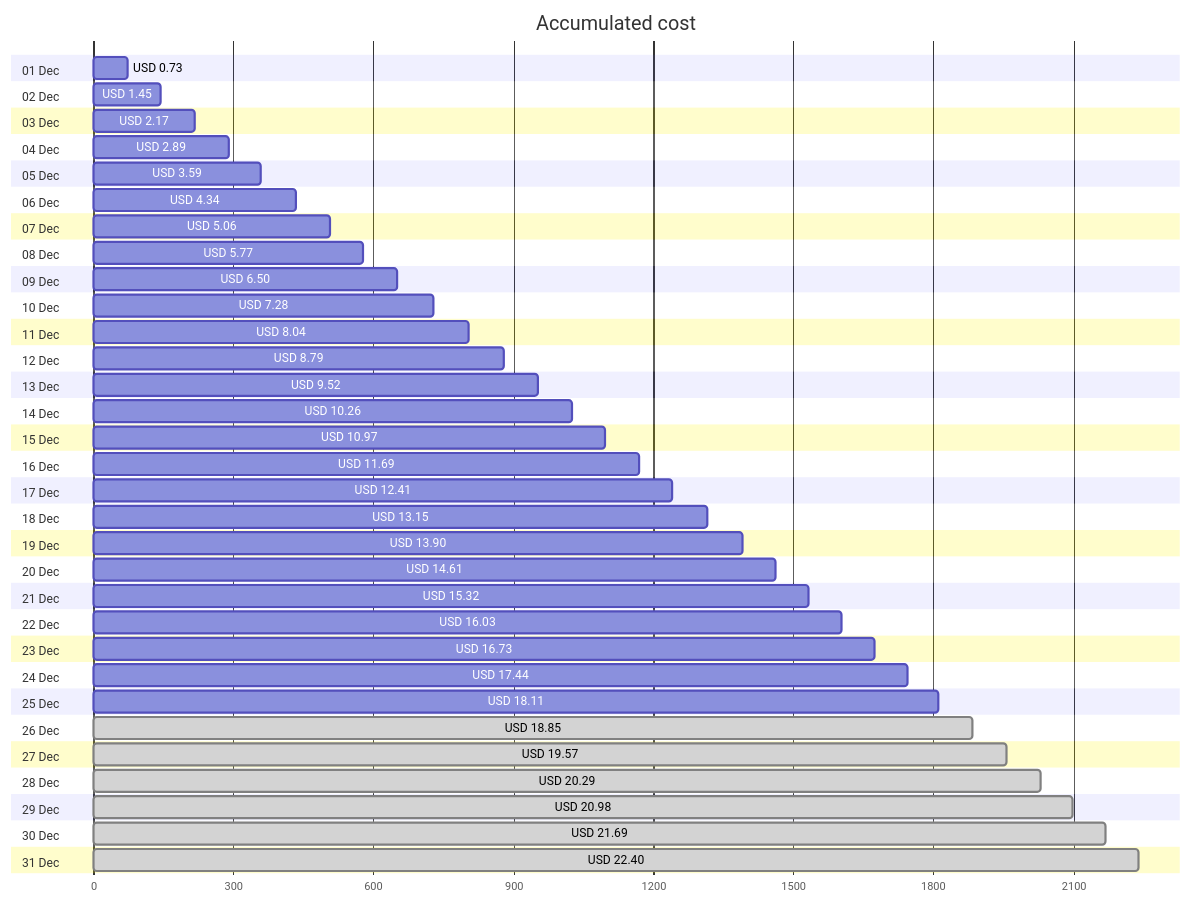
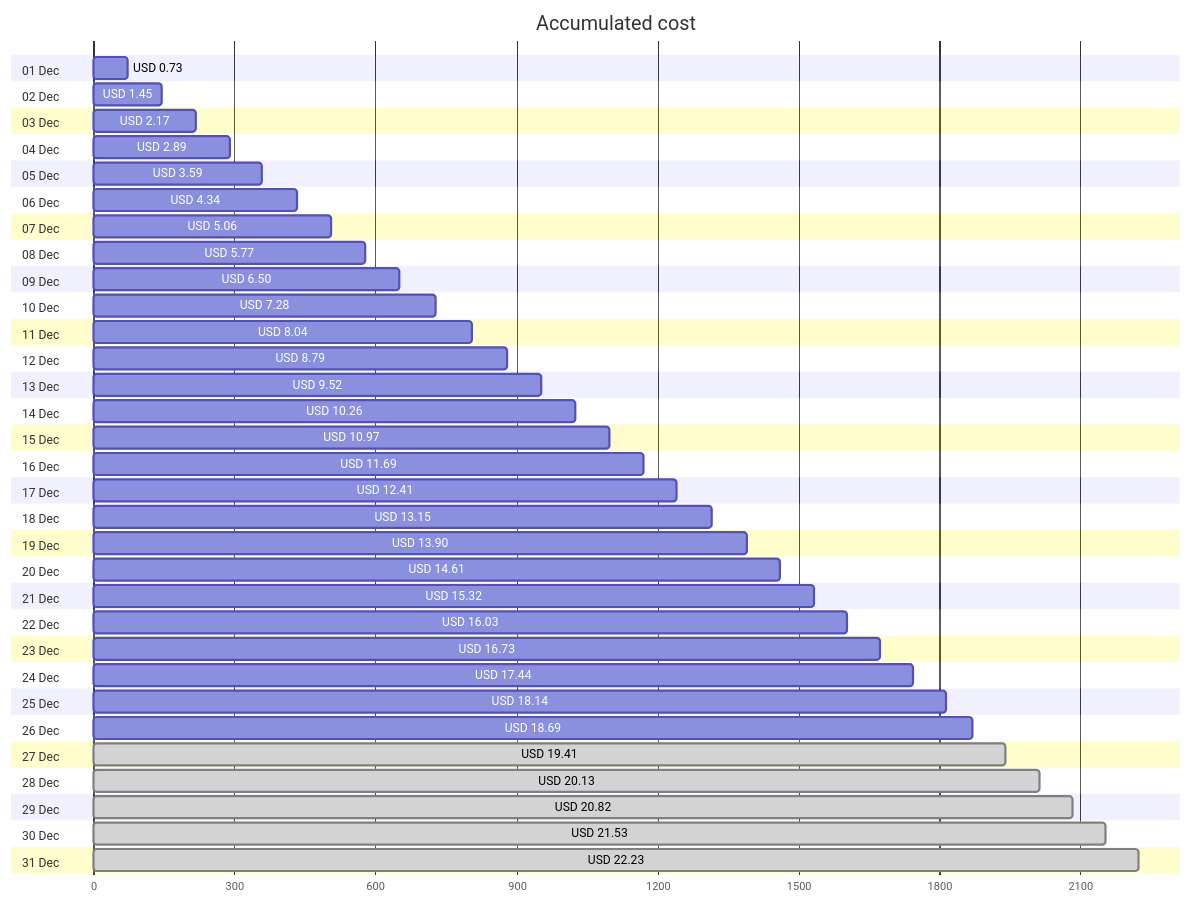
The first of 4 diagrams in cost-reports/personal-network/backup-server-data-disk.md (jpfulton/azure-personal-reports), drawn with Mermaid before and after one commit. The commit also changed other lines of this file and 8 other files, not shown here.

````diff
--- a/cost-reports/personal-network/backup-server-data-disk.md
+++ b/cost-reports/personal-network/backup-server-data-disk.md
@@ -20,68 +20,68 @@
 ```mermaid
 gantt
    title Accumulated cost
    dateFormat  X
    axisFormat %s
    section 01 Dec
    USD 0.73 :0, 73
    section 02 Dec
    USD 1.45 :0, 145
    section 03 Dec
    USD 2.17 :0, 217
    section 04 Dec
    USD 2.89 :0, 289
    section 05 Dec
    USD 3.59 :0, 359
    section 06 Dec
    USD 4.34 :0, 434
    section 07 Dec
    USD 5.06 :0, 506
    section 08 Dec
    USD 5.77 :0, 577
    section 09 Dec
    USD 6.50 :0, 650
    section 10 Dec
    USD 7.28 :0, 728
    section 11 Dec
    USD 8.04 :0, 804
    section 12 Dec
    USD 8.79 :0, 879
    section 13 Dec
    USD 9.52 :0, 952
    section 14 Dec
    USD 10.26 :0, 1026
    section 15 Dec
    USD 10.97 :0, 1097
    section 16 Dec
    USD 11.69 :0, 1169
    section 17 Dec
    USD 12.41 :0, 1241
    section 18 Dec
    USD 13.15 :0, 1315
    section 19 Dec
    USD 13.90 :0, 1390
    section 20 Dec
    USD 14.61 :0, 1461
    section 21 Dec
    USD 15.32 :0, 1532
    section 22 Dec
    USD 16.03 :0, 1603
    section 23 Dec
    USD 16.73 :0, 1673
    section 24 Dec
    USD 17.44 :0, 1744
    section 25 Dec
-   USD 18.11 :0, 1811
+   USD 18.14 :0, 1814
    section 26 Dec
-   USD 18.85 : done, 0, 1885
+   USD 18.69 :0, 1869
    section 27 Dec
-   USD 19.57 : done, 0, 1957
+   USD 19.41 : done, 0, 1941
    section 28 Dec
-   USD 20.29 : done, 0, 2029
+   USD 20.13 : done, 0, 2013
    section 29 Dec
-   USD 20.98 : done, 0, 2098
+   USD 20.82 : done, 0, 2082
    section 30 Dec
-   USD 21.69 : done, 0, 2169
+   USD 21.53 : done, 0, 2153
    section 31 Dec
-   USD 22.40 : done, 0, 2240
+   USD 22.23 : done, 0, 2223
 ```
````
